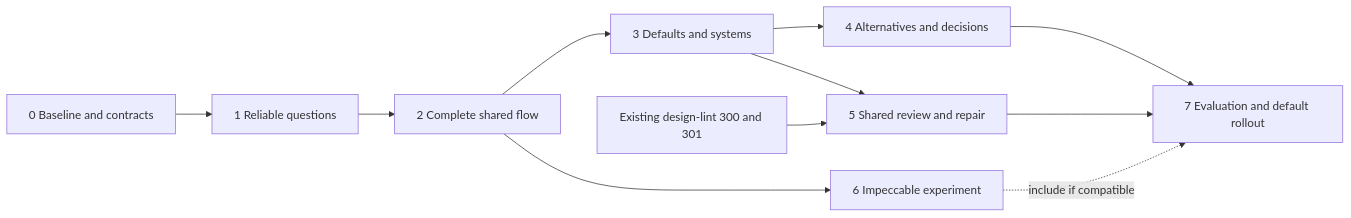
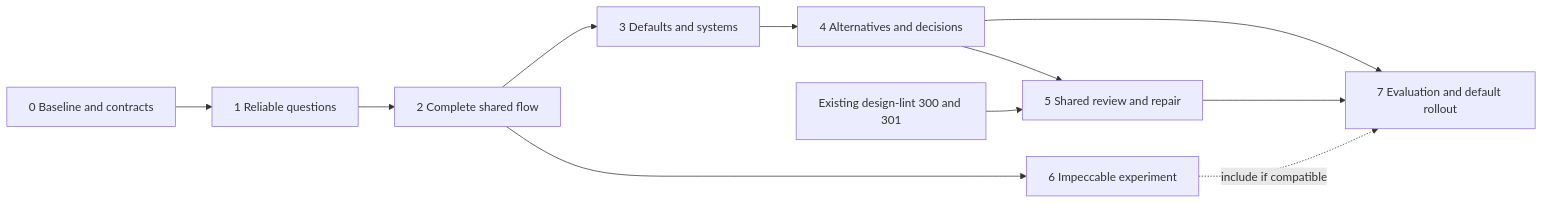
Before and after one commit to PaulKinlan/isocan: the diagram in docs/projects/design-partner/phases.md, drawn with Mermaid. The commit also changed other lines of this file and 4 other files, not shown here.

First line of the commit message:
design-partner: define shared review and exact repair continuation

````diff
--- a/docs/projects/design-partner/phases.md
+++ b/docs/projects/design-partner/phases.md
@@ -31,13 +31,13 @@
 ```mermaid
 flowchart LR
   P0[0 Baseline and contracts] --> P1[1 Reliable questions]
   P1 --> P2[2 Complete shared flow]
   P2 --> P3[3 Defaults and systems]
   P3 --> P4[4 Alternatives and decisions]
-  P3 --> P5[5 Shared review and repair]
+  P4 --> P5[5 Shared review and repair]
   L[Existing design-lint 300 and 301] --> P5
   P4 --> P7[7 Evaluation and default rollout]
   P5 --> P7
   P2 --> P6[6 Impeccable experiment]
   P6 -. include if compatible .-> P7
 ```
````
